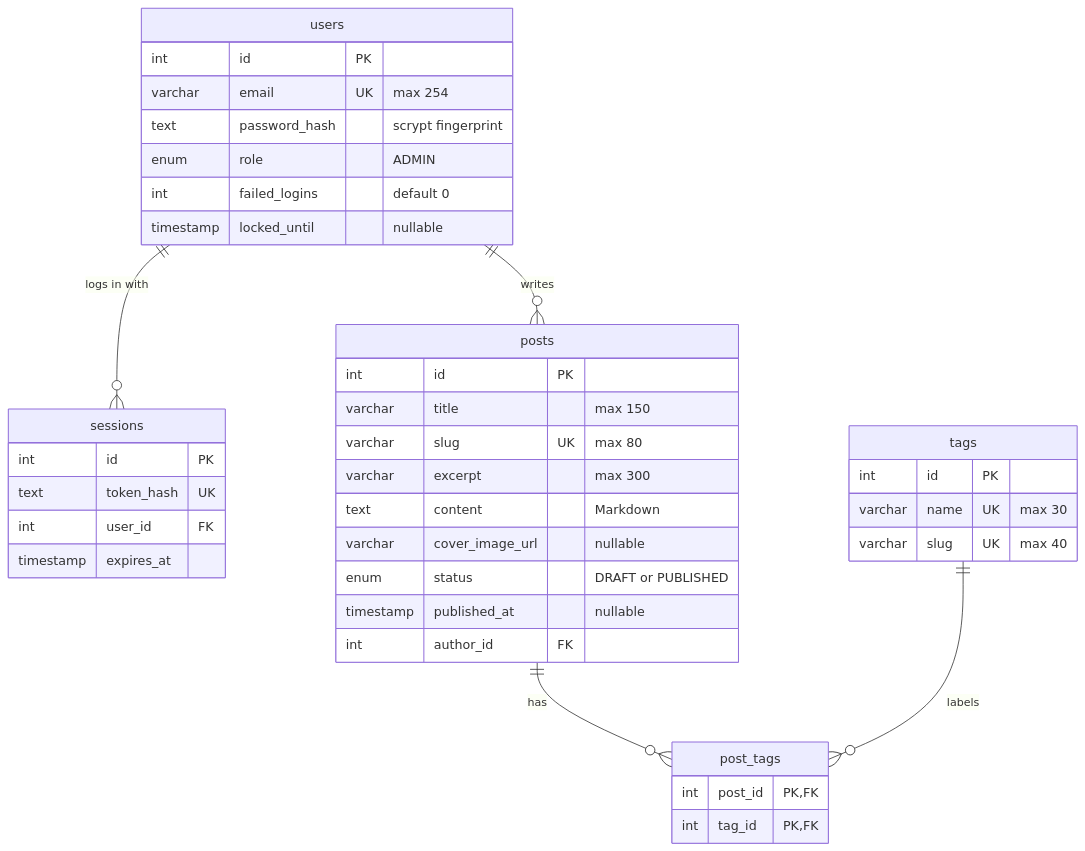
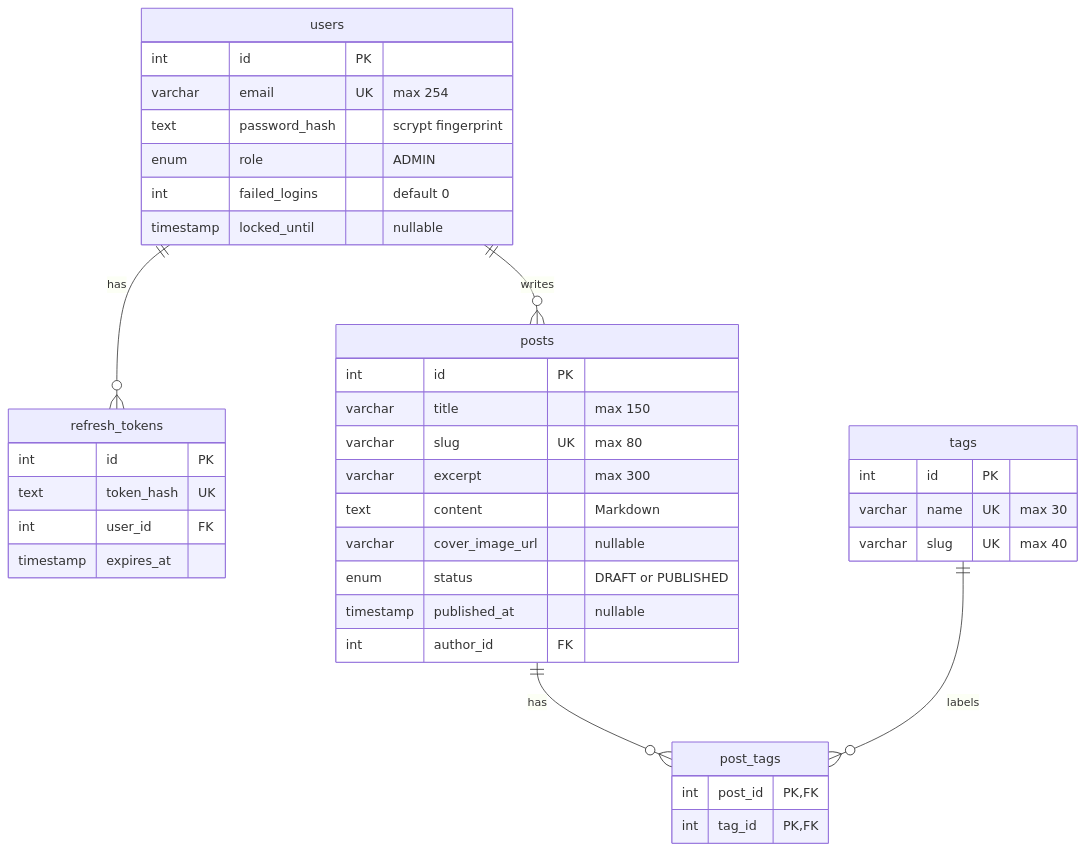
The second of 2 diagrams in docs/05-database-documentation.md (mdevaangini/portfolio), drawn with Mermaid before and after one commit. The commit also changed other lines of this file and 23 other files, not shown here.

````diff
--- a/docs/05-database-documentation.md
+++ b/docs/05-database-documentation.md
@@ -178,41 +178,41 @@
 ```mermaid
 erDiagram
-    users ||--o{ sessions : "logs in with"
+    users ||--o{ refresh_tokens : "has"
     users ||--o{ posts : "writes"
     posts ||--o{ post_tags : "has"
     tags ||--o{ post_tags : "labels"
     users {
         int id PK
         varchar email UK "max 254"
         text password_hash "scrypt fingerprint"
         enum role "ADMIN"
         int failed_logins "default 0"
         timestamp locked_until "nullable"
     }
-    sessions {
+    refresh_tokens {
         int id PK
         text token_hash UK
         int user_id FK
         timestamp expires_at
     }
     posts {
         int id PK
         varchar title "max 150"
         varchar slug UK "max 80"
         varchar excerpt "max 300"
         text content "Markdown"
         varchar cover_image_url "nullable"
         enum status "DRAFT or PUBLISHED"
         timestamp published_at "nullable"
         int author_id FK
     }
     tags {
         int id PK
         varchar name UK "max 30"
         varchar slug UK "max 40"
     }
     post_tags {
         int post_id PK,FK
         int tag_id PK,FK
     }
 ```
````
